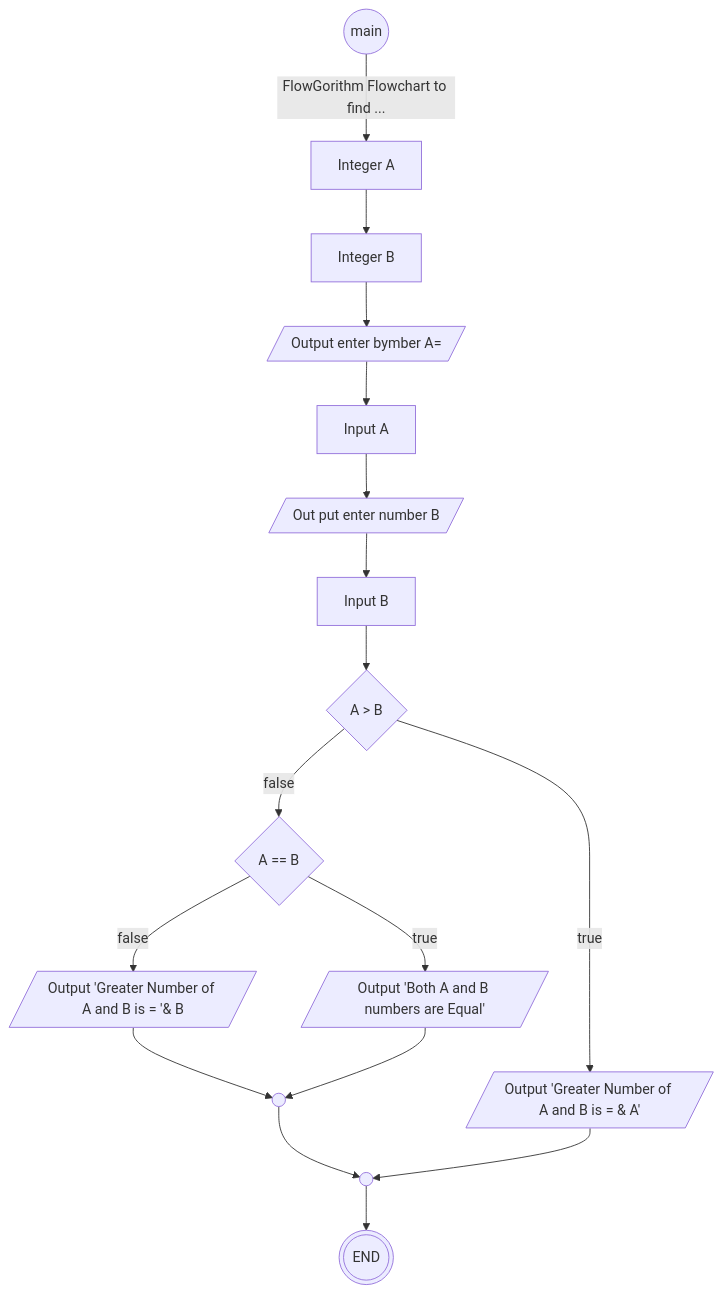
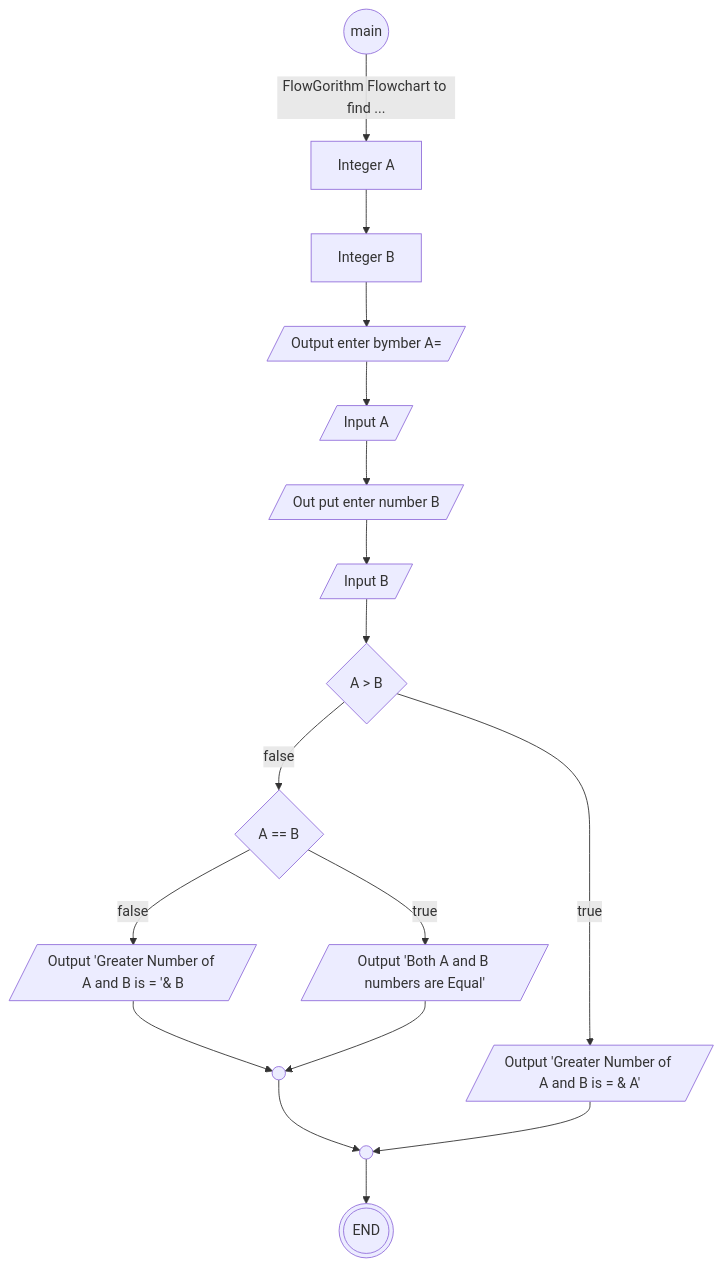
The diagram in Chart.md (dangxuanloc/mermaid-diagram), drawn with Mermaid before and after one commit.

````diff
--- a/Chart.md
+++ b/Chart.md
@@ -1,20 +1,20 @@
 ```mermaid
 flowchart TD
     m((main)) -->
     |FlowGorithm Flowchart to find ...| A[Integer A]
     -->B[Integer B]
     -->bh1[/Output enter bymber A=/]
-    -->bh2[Input A]
+    -->bh2[/Input A/]
     -->bh3[/Out put enter number B/]
-    -->bh4[Input B]
+    -->bh4[/Input B/]
     -->condition1{A > B}
     condition1-->|false|condition2{A == B}
     condition1-->|true|bh5[/Output 'Greater Number of A and B is = & A'/]
     condition2-->|false|bh6[/Output 'Greater Number of A and B is = '& B/]
     condition2-->|true|bh7[/Output 'Both A and B numbers are Equal'/]
     bh6-->id1(( ))
     bh7-->id1(( ))
     id1-->id2(((End)))
     bh5-->id2(( ))
     id2-->id3(((END)))
 ```
````
